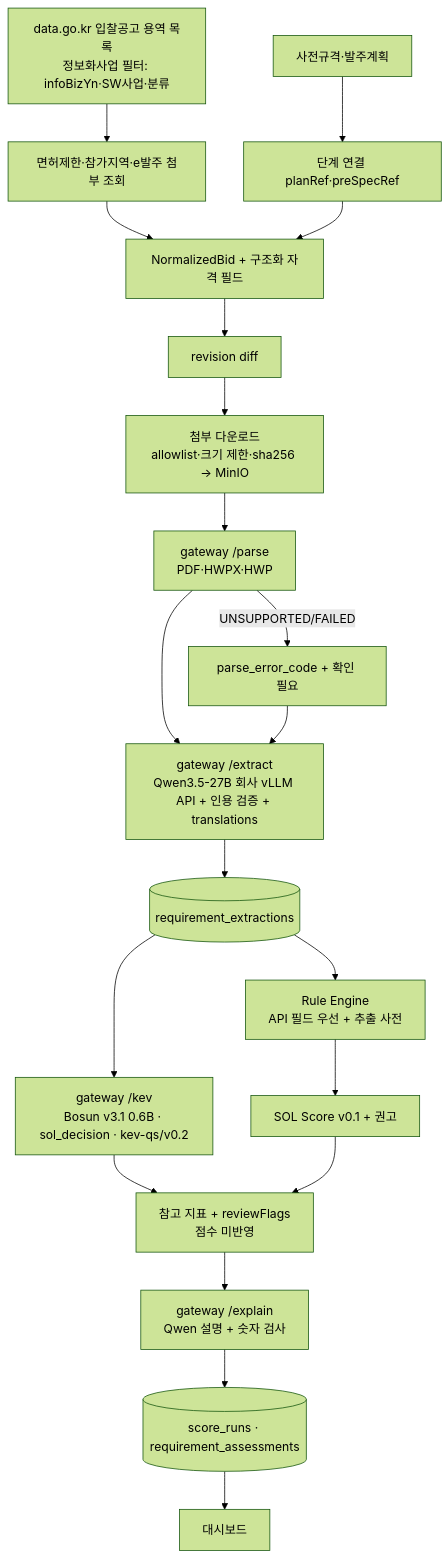
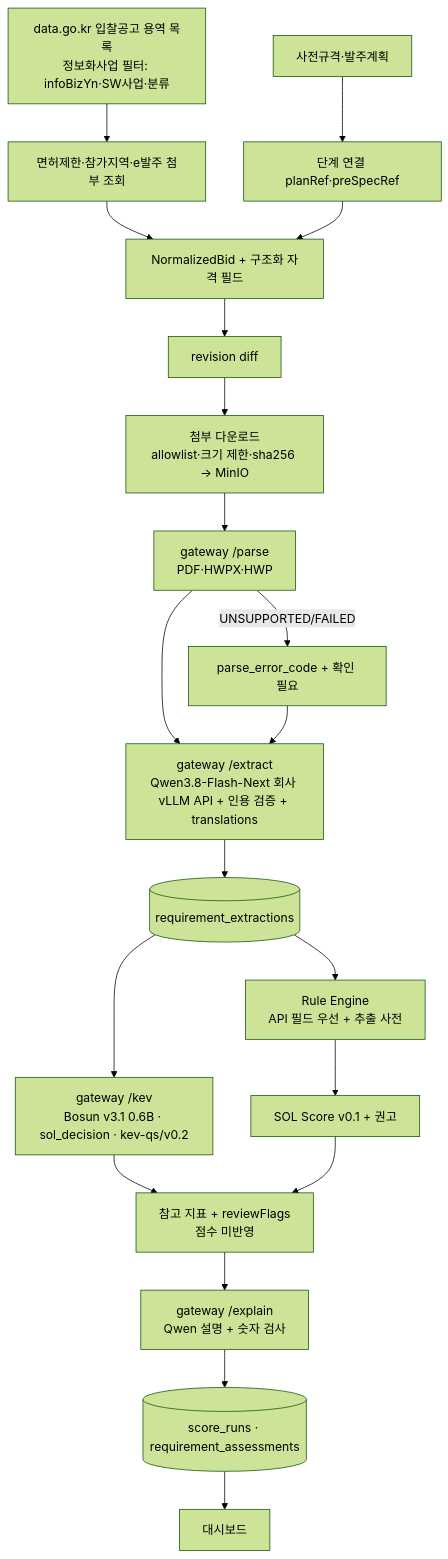
One commit to solideoai/sol-radar changed the diagram in docs/03-AI-PIPELINE.md. Above: the diagram before and after it, drawn with Mermaid (forest theme). The commit also changed other lines of this file and 19 other files, not shown here.

First line of the commit message:
docs: 추출·설명 모델을 Qwen3.8-Flash-Next 로 교체

````diff
--- a/docs/03-AI-PIPELINE.md
+++ b/docs/03-AI-PIPELINE.md
@@ -37,22 +37,22 @@
 ```mermaid
 flowchart TD
  A[data.go.kr 입찰공고 용역 목록<br/>정보화사업 필터: infoBizYn·SW사업·분류] --> B[면허제한·참가지역·e발주 첨부 조회]
  A2[사전규격·발주계획] --> L[단계 연결 planRef·preSpecRef]
  B --> N[NormalizedBid + 구조화 자격 필드]
  L --> N
  N --> R1[revision diff]
  R1 --> D[첨부 다운로드<br/>allowlist·크기 제한·sha256 → MinIO]
  D --> P[gateway /parse<br/>PDF·HWPX·HWP]
  P -->|UNSUPPORTED/FAILED| PE[parse_error_code + 확인 필요]
- P --> E[gateway /extract<br/>Qwen3.5-27B 회사 vLLM API + 인용 검증 + translations]
+ P --> E[gateway /extract<br/>Qwen3.8-Flash-Next 회사 vLLM API + 인용 검증 + translations]
  PE --> E
  E --> X[(requirement_extractions)]
  X --> RE[Rule Engine<br/>API 필드 우선 + 추출 사전]
  X --> K[gateway /kev<br/>Bosun v3.1 0.6B · sol_decision · kev-qs/v0.2]
  RE --> S[SOL Score v0.1 + 권고]
  K --> F[참고 지표 + reviewFlags<br/>점수 미반영]
  S --> F
  F --> EX[gateway /explain<br/>Qwen 설명 + 숫자 검사]
  EX --> Z[(score_runs · requirement_assessments)]
  Z --> UI[대시보드]
 ```
````
